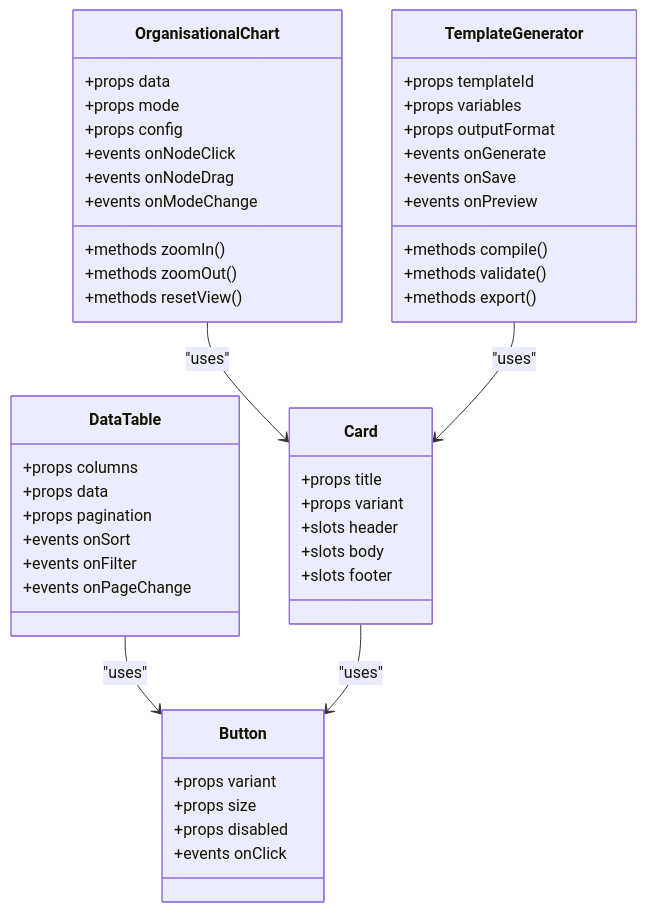
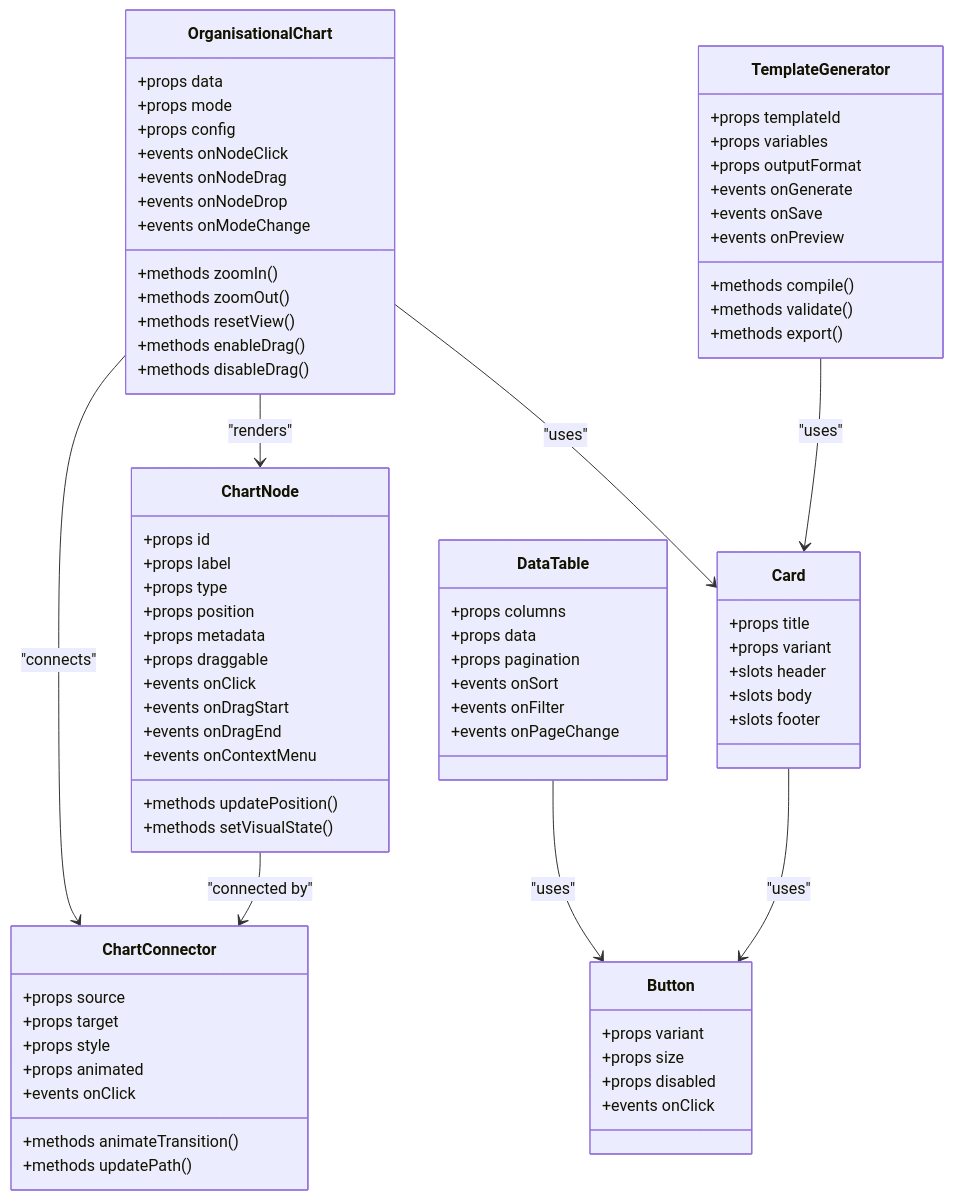
The seventh of 11 diagrams in .qoder/repowiki/en/content/System Architecture/Frontend Architecture/Component Architecture/Component Architecture.md (franckylab/eLISAschool), drawn with Mermaid before and after one commit. The commit also changed other lines of this file and 101 other files, not shown here.

First line of the commit message:
docs(architecture): document refonte de l’architecture backend et améliorations frontend

````diff
--- a/.qoder/repowiki/en/content/System Architecture/Frontend Architecture/Component Architecture/Component Architecture.md
+++ b/.qoder/repowiki/en/content/System Architecture/Frontend Architecture/Component Architecture/Component Architecture.md
@@ -476,50 +517,79 @@
 ```mermaid
 classDiagram
 class DataTable {
 +props columns
 +props data
 +props pagination
 +events onSort
 +events onFilter
 +events onPageChange
 }
 class Card {
 +props title
 +props variant
 +slots header
 +slots body
 +slots footer
 }
 class Button {
 +props variant
 +props size
 +props disabled
 +events onClick
 }
 class OrganisationalChart {
 +props data
 +props mode
 +props config
 +events onNodeClick
 +events onNodeDrag
++events onNodeDrop
 +events onModeChange
 +methods zoomIn()
 +methods zoomOut()
 +methods resetView()
++methods enableDrag()
++methods disableDrag()
+}
+class ChartNode {
++props id
++props label
++props type
++props position
++props metadata
++props draggable
++events onClick
++events onDragStart
++events onDragEnd
++events onContextMenu
++methods updatePosition()
++methods setVisualState()
+}
+class ChartConnector {
++props source
++props target
++props style
++props animated
++events onClick
++methods animateTransition()
++methods updatePath()
 }
 class TemplateGenerator {
 +props templateId
 +props variables
 +props outputFormat
 +events onGenerate
 +events onSave
 +events onPreview
 +methods compile()
 +methods validate()
 +methods export()
 }
 DataTable --> Button : "uses"
 Card --> Button : "uses"
+OrganisationalChart --> ChartNode : "renders"
+OrganisationalChart --> ChartConnector : "connects"
 OrganisationalChart --> Card : "uses"
 TemplateGenerator --> Card : "uses"
+ChartNode --> ChartConnector : "connected by"
 ```
````
